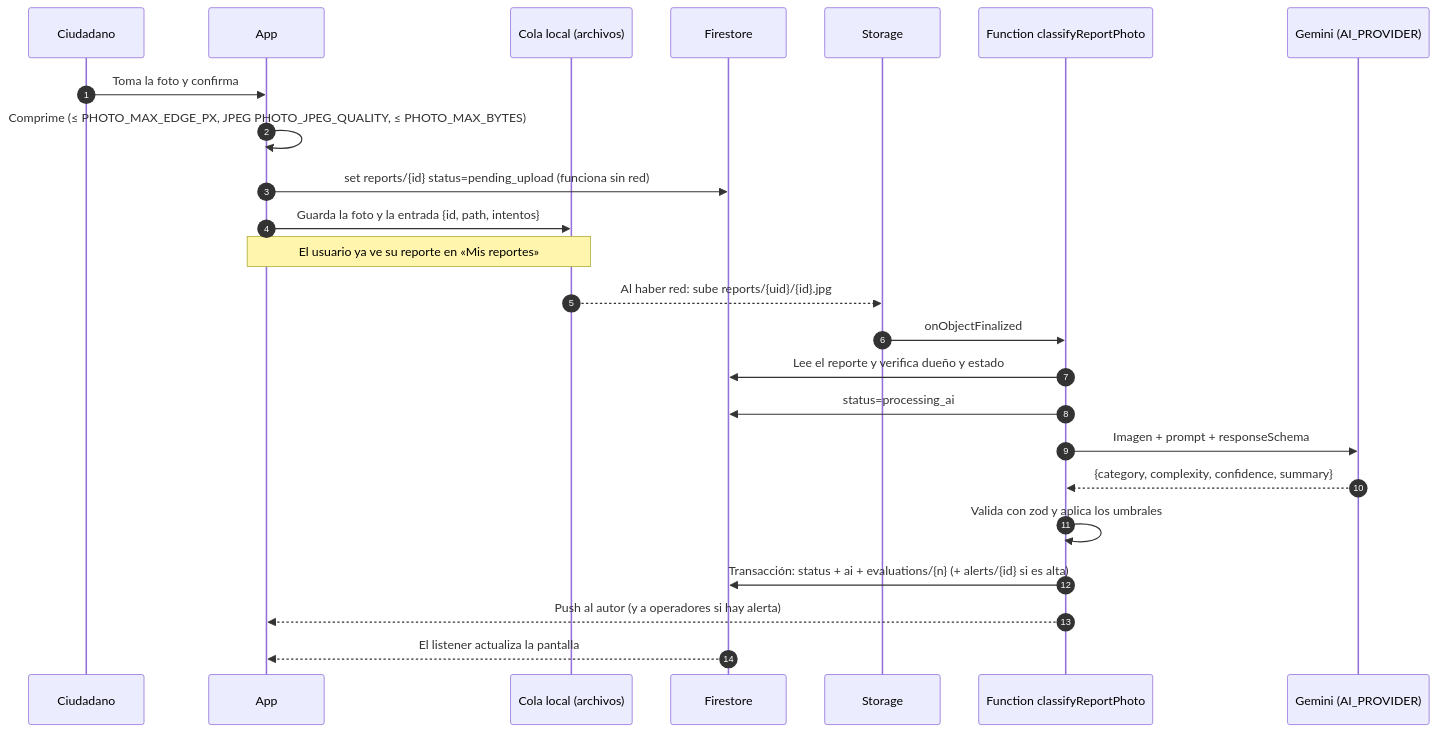
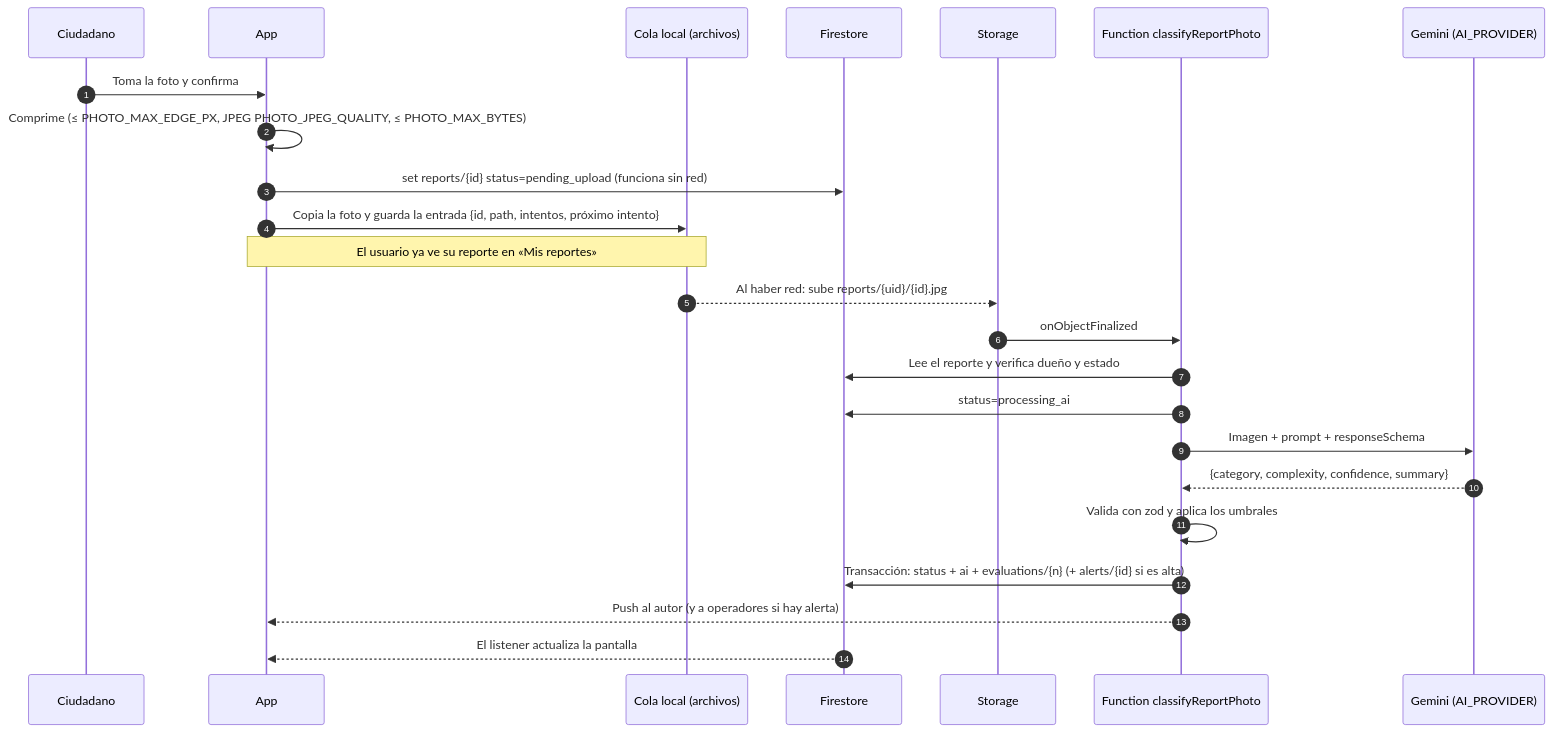
The second of 3 diagrams in docs/02-arquitectura.md (JulianCVM/ecoreporte), drawn with Mermaid before and after one commit. The commit also changed 14 other files, not shown here.

````diff
--- a/docs/02-arquitectura.md
+++ b/docs/02-arquitectura.md
@@ -31,26 +31,26 @@
 ```mermaid
 sequenceDiagram
   autonumber
   participant U as Ciudadano
   participant A as App
   participant Q as Cola local (archivos)
   participant F as Firestore
   participant S as Storage
   participant FN as Function classifyReportPhoto
   participant G as Gemini (AI_PROVIDER)
   U->>A: Toma la foto y confirma
   A->>A: Comprime (≤ PHOTO_MAX_EDGE_PX, JPEG PHOTO_JPEG_QUALITY, ≤ PHOTO_MAX_BYTES)
   A->>F: set reports/{id} status=pending_upload (funciona sin red)
-  A->>Q: Guarda la foto y la entrada {id, path, intentos}
+  A->>Q: Copia la foto y guarda la entrada {id, path, intentos, próximo intento}
   Note over A,Q: El usuario ya ve su reporte en «Mis reportes»
   Q-->>S: Al haber red: sube reports/{uid}/{id}.jpg
   S->>FN: onObjectFinalized
   FN->>F: Lee el reporte y verifica dueño y estado
   FN->>F: status=processing_ai
   FN->>G: Imagen + prompt + responseSchema
   G-->>FN: {category, complexity, confidence, summary}
   FN->>FN: Valida con zod y aplica los umbrales
   FN->>F: Transacción: status + ai + evaluations/{n} (+ alerts/{id} si es alta)
   FN-->>A: Push al autor (y a operadores si hay alerta)
   F-->>A: El listener actualiza la pantalla
 ```
````
